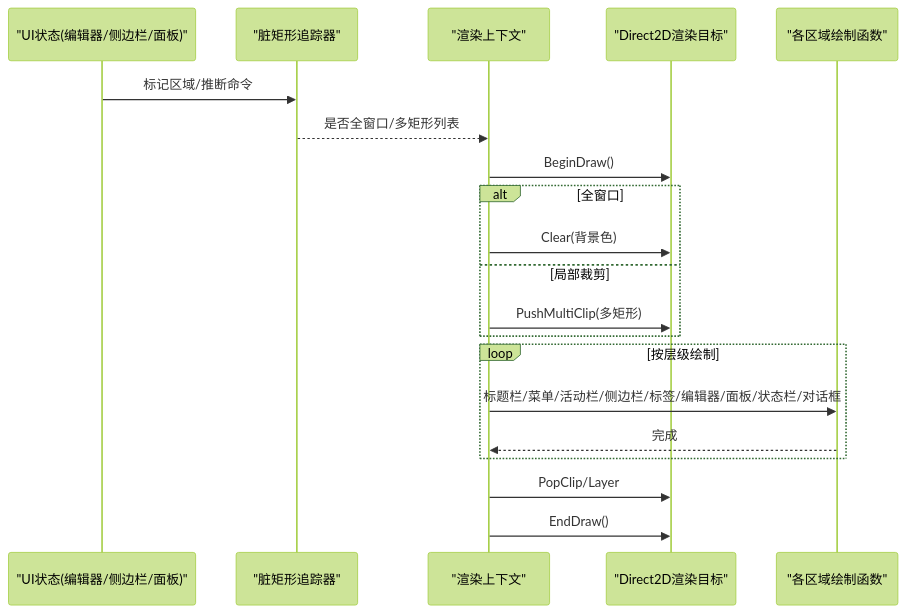
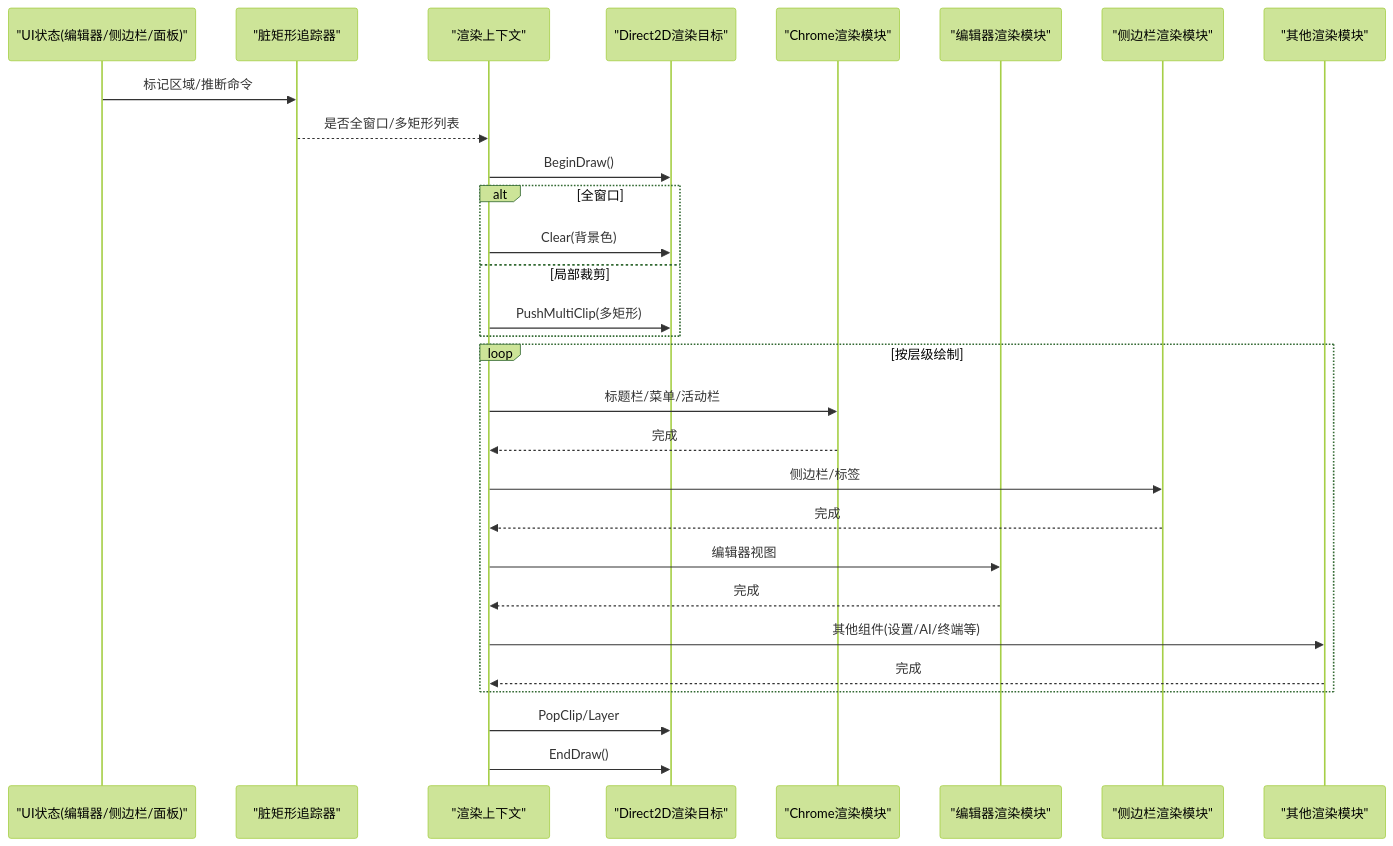
Before and after one commit to songdiyang/AetherStudio: the second of 8 diagrams in .qoder/repowiki/zh/content/架构设计/渲染引擎架构/渲染引擎架构.md, drawn with Mermaid (forest theme). The commit also changed other lines of this file and 25 other files, not shown here.

````diff
--- a/.qoder/repowiki/zh/content/架构设计/渲染引擎架构/渲染引擎架构.md
+++ b/.qoder/repowiki/zh/content/架构设计/渲染引擎架构/渲染引擎架构.md
@@ -121,22 +180,31 @@
 ```mermaid
 sequenceDiagram
 participant UI as "UI状态(编辑器/侧边栏/面板)"
 participant Dirty as "脏矩形追踪器"
 participant Ctx as "渲染上下文"
 participant RT as "Direct2D渲染目标"
-participant Draw as "各区域绘制函数"
+participant Chrome as "Chrome渲染模块"
+participant Editor as "编辑器渲染模块"
+participant Sidebar as "侧边栏渲染模块"
+participant Other as "其他渲染模块"
 UI->>Dirty : 标记区域/推断命令
 Dirty-->>Ctx : 是否全窗口/多矩形列表
 Ctx->>RT : BeginDraw()
 alt 全窗口
 Ctx->>RT : Clear(背景色)
 else 局部裁剪
 Ctx->>RT : PushMultiClip(多矩形)
 end
 loop 按层级绘制
-Ctx->>Draw : 标题栏/菜单/活动栏/侧边栏/标签/编辑器/面板/状态栏/对话框
-Draw-->>Ctx : 完成
+Ctx->>Chrome : 标题栏/菜单/活动栏
+Chrome-->>Ctx : 完成
+Ctx->>Sidebar : 侧边栏/标签
+Sidebar-->>Ctx : 完成
+Ctx->>Editor : 编辑器视图
+Editor-->>Ctx : 完成
+Ctx->>Other : 其他组件(设置/AI/终端等)
+Other-->>Ctx : 完成
 end
 Ctx->>RT : PopClip/Layer
 Ctx->>RT : EndDraw()
 ```
````
